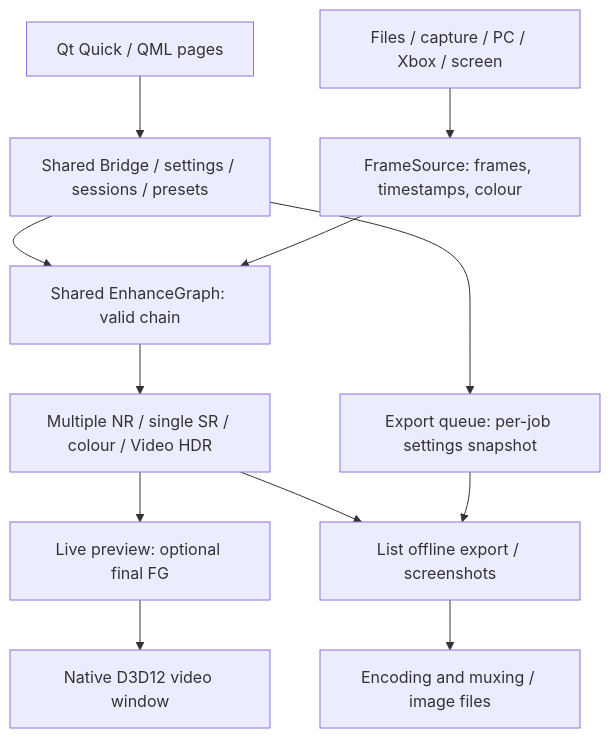
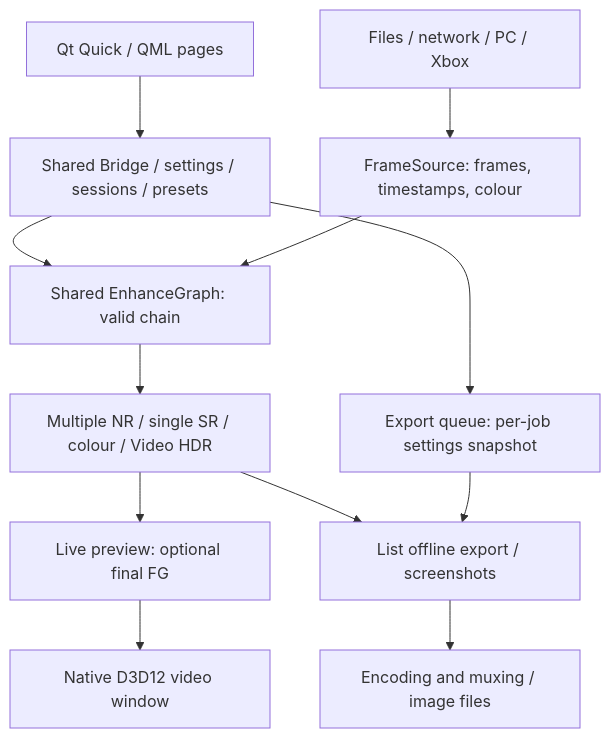
Before and after one commit to mozoii/Veyra-NRVideo: the diagram in README.md, drawn with Mermaid. The commit also changed other lines of this file and 258 other files, not shown here.

First line of the commit message:
refactor!: remove recording, virtual camera, capture sources and OBS

````diff
--- a/README.md
+++ b/README.md
@@ -121,14 +118,14 @@
 ```mermaid
 flowchart TD
     UI[Qt Quick / QML pages] --> Bridge[Shared Bridge / settings / sessions / presets]
-    Sources[Files / capture / PC / Xbox / screen] --> Source[FrameSource: frames, timestamps, colour]
+    Sources[Files / network / PC / Xbox] --> Source[FrameSource: frames, timestamps, colour]
     Bridge --> Graph[Shared EnhanceGraph: valid chain]
     Source --> Graph
     Graph --> Effects[Multiple NR / single SR / colour / Video HDR]
     Effects --> Live[Live preview: optional final FG]
     Live --> Present[Native D3D12 video window]
     Effects --> Export[List offline export / screenshots]
     Export --> Sink[Encoding and muxing / image files]
     Bridge --> Queue[Export queue: per-job settings snapshot]
     Queue --> Export
 ```
````
